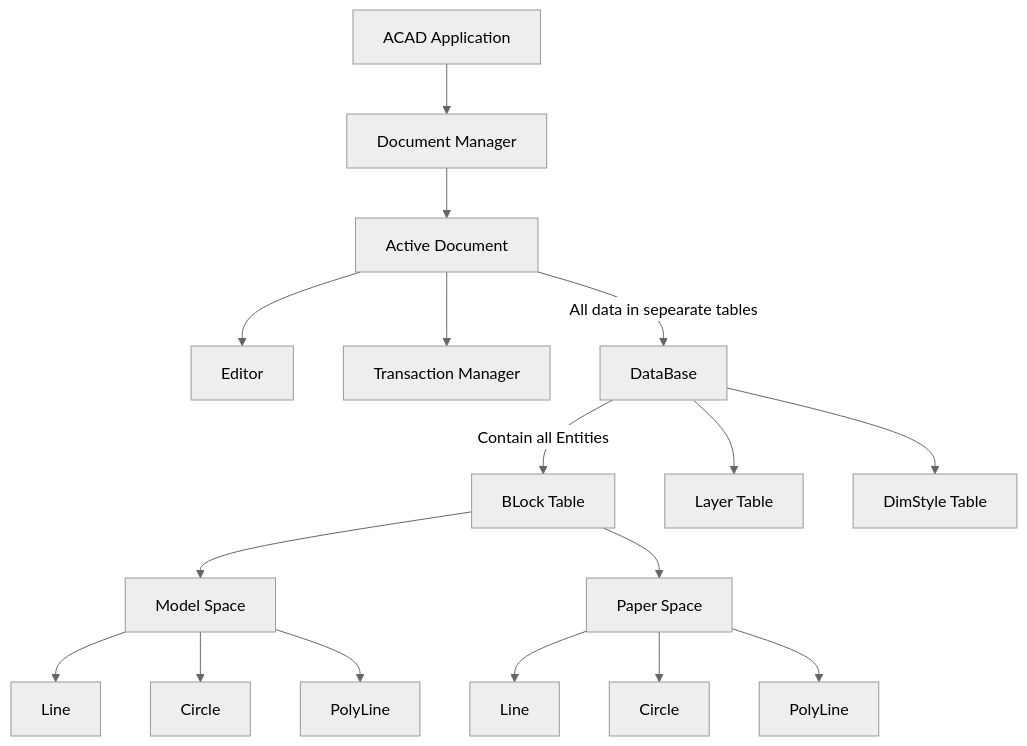
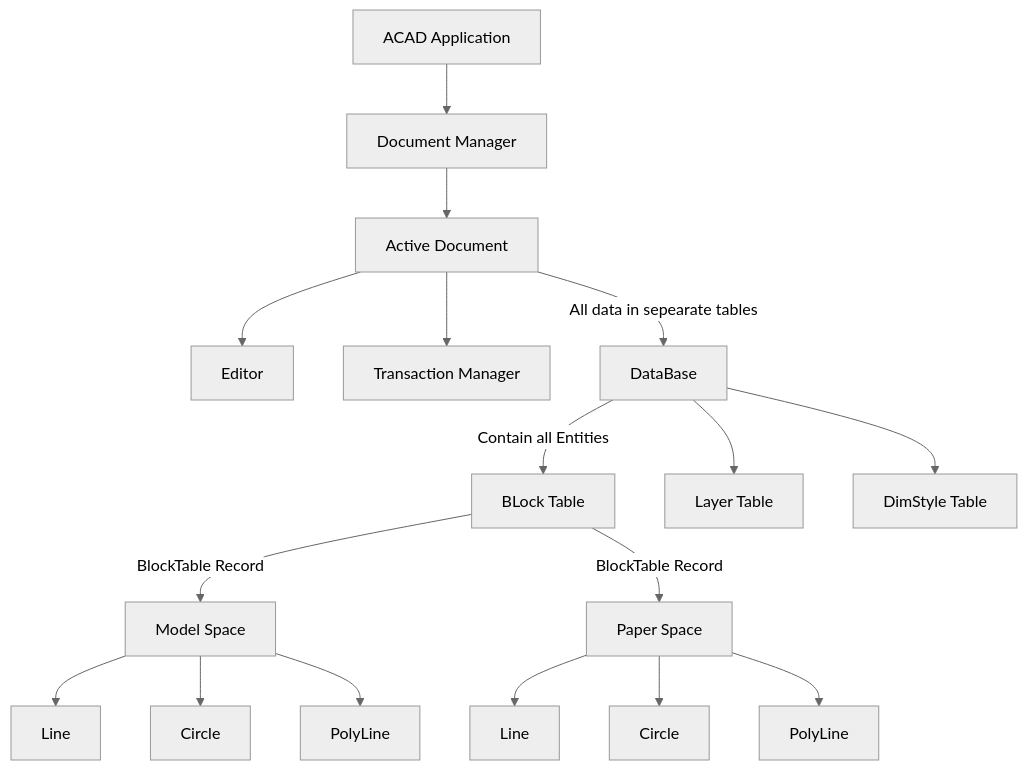
The first of 4 diagrams in Autocad/Doc/AutoCAD Object Model.md (NodesAutomations/CSharp), drawn with Mermaid (neutral theme) before and after one commit.

Commit message:
Update AutoCAD Object Model.md

````diff
--- a/Autocad/Doc/AutoCAD Object Model.md
+++ b/Autocad/Doc/AutoCAD Object Model.md
@@ -2,19 +2,19 @@
 ```mermaid
 graph TD
 A[ACAD Application]-->B[Document Manager]
 B-->C[Active Document]
 C-->E[Editor]
 C-->C3[Transaction Manager]
 C-->|All data in sepearate tables|D[DataBase]
 D-->|Contain all Entities|F[BLock Table]
 D-->G[Layer Table]
 D-->H[DimStyle Table]
-F-->F1[Model Space]
-F-->F2[Paper Space]
+F-->|BlockTable Record|F1[Model Space]
+F-->|BlockTable Record|F2[Paper Space]
 F1-->F11[Line]
 F1-->F12[Circle]
 F1-->F13[PolyLine]
 F2-->F21[Line]
 F2-->F22[Circle]
 F2-->F23[PolyLine]
 ```
````
